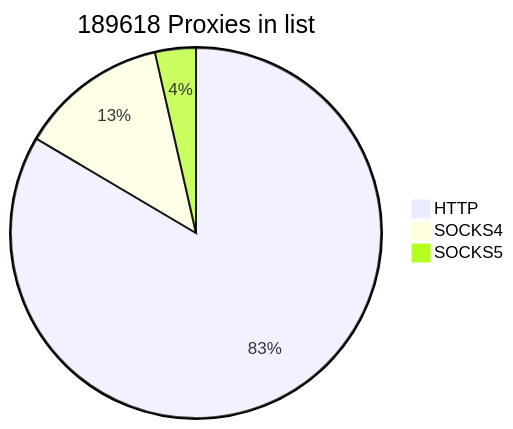
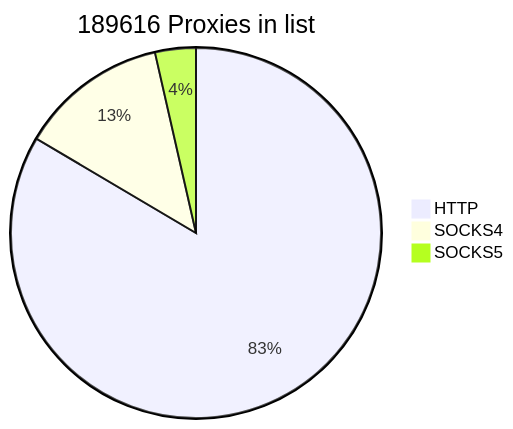
The first of 2 diagrams in README.md (cutipu/proxylist), drawn with Mermaid before and after one commit. The commit also changed other lines of this file, not shown here.

````diff
--- a/README.md
+++ b/README.md
@@ -2,7 +2,7 @@
 ```mermaid
-pie title 189618 Proxies in list
+pie title 189616 Proxies in list
     "HTTP" : 158322
     "SOCKS4" : 24546
-    "SOCKS5" : 6750
+    "SOCKS5" : 6748
             
 ```
````
